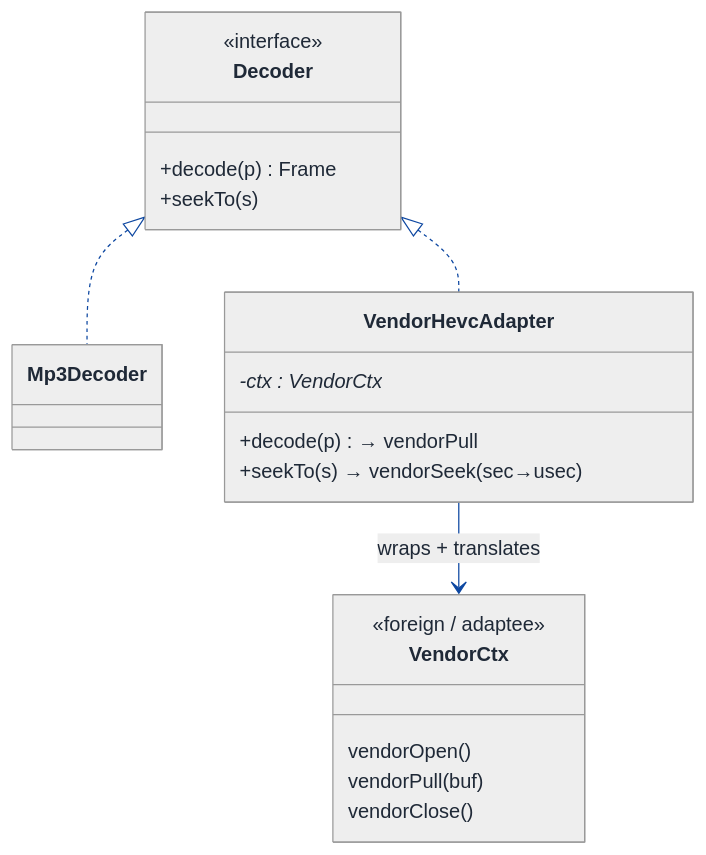
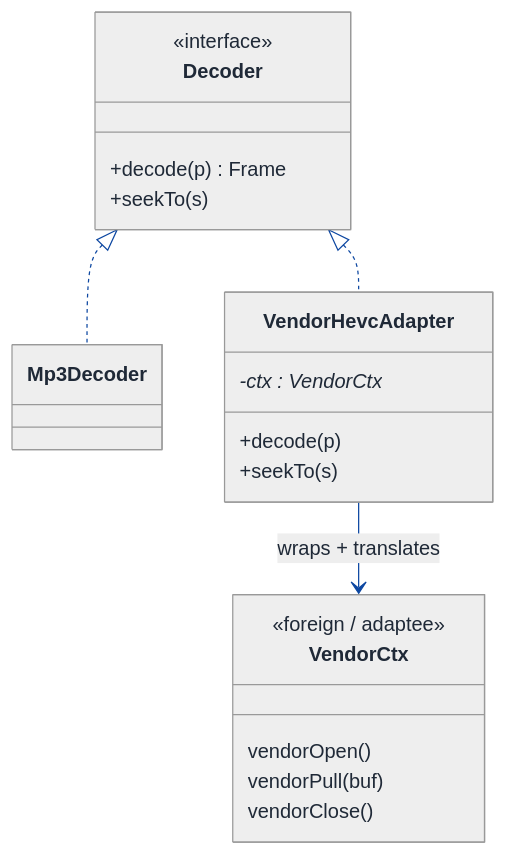
One commit to Prateek-5/question-bank changed the fourth of 9 diagrams in LLD/Topics/Strategy_Pattern/Media_Player.md. Above: the diagram before and after it, drawn with Mermaid. The commit also changed other lines of this file and 61 other files, not shown here.

First line of the commit message:
Fix invalid mermaid classDiagram member syntax across LLD walkthroughs

````diff
--- a/LLD/Topics/Strategy_Pattern/Media_Player.md
+++ b/LLD/Topics/Strategy_Pattern/Media_Player.md
@@ -701,56 +701,56 @@
 ```mermaid
 ---
 config:
   theme: neutral
   themeVariables:
     background: '#ffffff'
     primaryColor: '#cfe2ff'
     primaryTextColor: '#1f2937'
     primaryBorderColor: '#084298'
     secondaryColor: '#fff3cd'
     secondaryTextColor: '#1f2937'
     secondaryBorderColor: '#664d03'
     tertiaryColor: '#d1e7dd'
     tertiaryTextColor: '#1f2937'
     tertiaryBorderColor: '#0a3622'
     lineColor: '#0d47a1'
     textColor: '#1f2937'
     noteBkgColor: '#fff3cd'
     noteTextColor: '#1f2937'
     noteBorderColor: '#997404'
     actorBkg: '#cfe2ff'
     actorBorder: '#084298'
     actorTextColor: '#1f2937'
     signalColor: '#0d47a1'
     signalTextColor: '#1f2937'
     labelBoxBkgColor: '#ffffff'
     labelBoxBorderColor: '#d3d3d3'
     labelTextColor: '#1f2937'
     edgeLabelBackground: '#ffffff'
     labelBackground: '#ffffff'
     classText: '#1f2937'
     fontFamily: 'system-ui, -apple-system, Segoe UI, Helvetica, Arial, sans-serif'
 ---
 classDiagram
   direction TB
   class Decoder {
     <<interface>>
     +decode(p) Frame
     +seekTo(s)
   }
   class Mp3Decoder
   class VendorHevcAdapter {
     -ctx : VendorCtx*
-    +decode(p) → vendorPull
-    +seekTo(s) → vendorSeek (sec→usec)
+    +decode(p)
+    +seekTo(s)
   }
   class VendorCtx {
     <<foreign / adaptee>>
     vendorOpen()
     vendorPull(buf)
     vendorClose()
   }
   Decoder <|.. Mp3Decoder
   Decoder <|.. VendorHevcAdapter
   VendorHevcAdapter --> VendorCtx : wraps + translates
 ```
````
